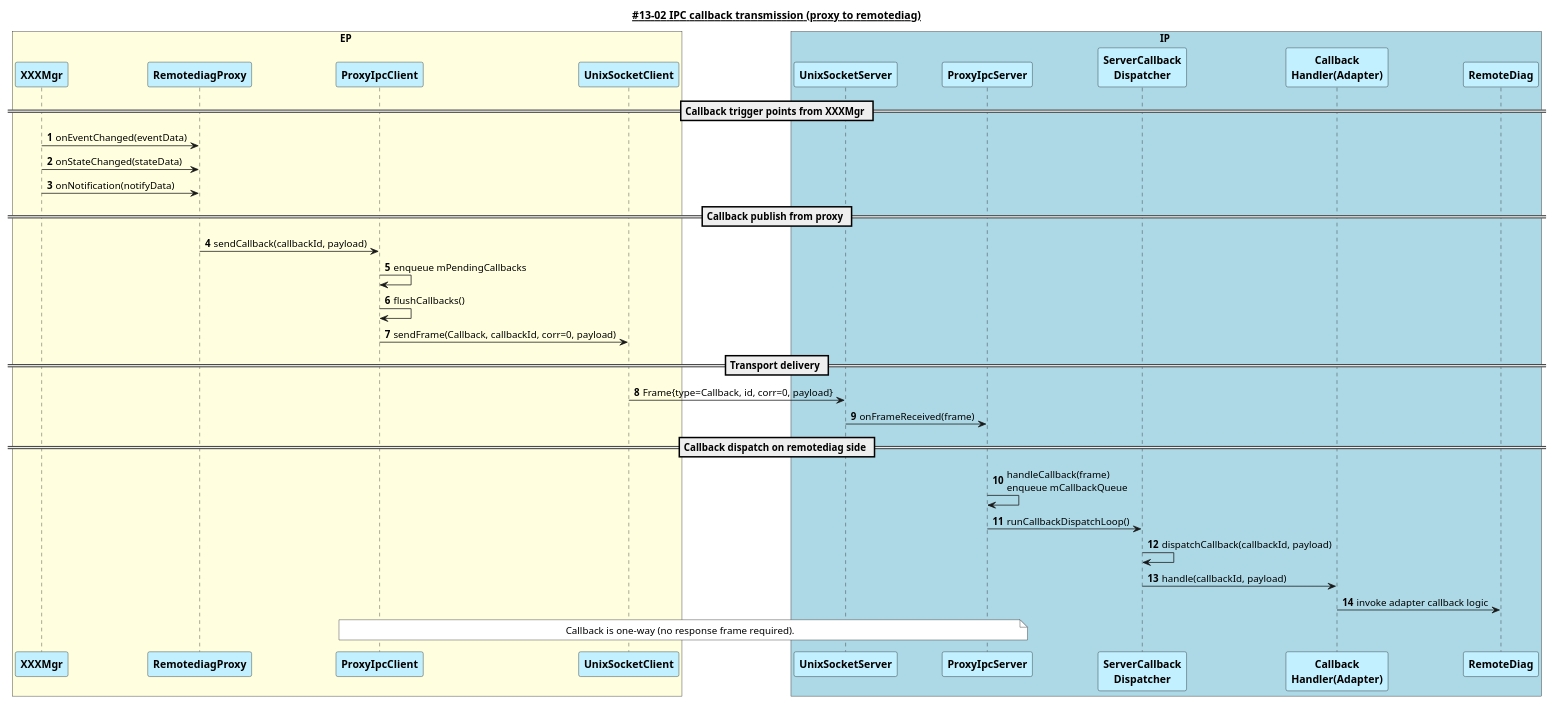
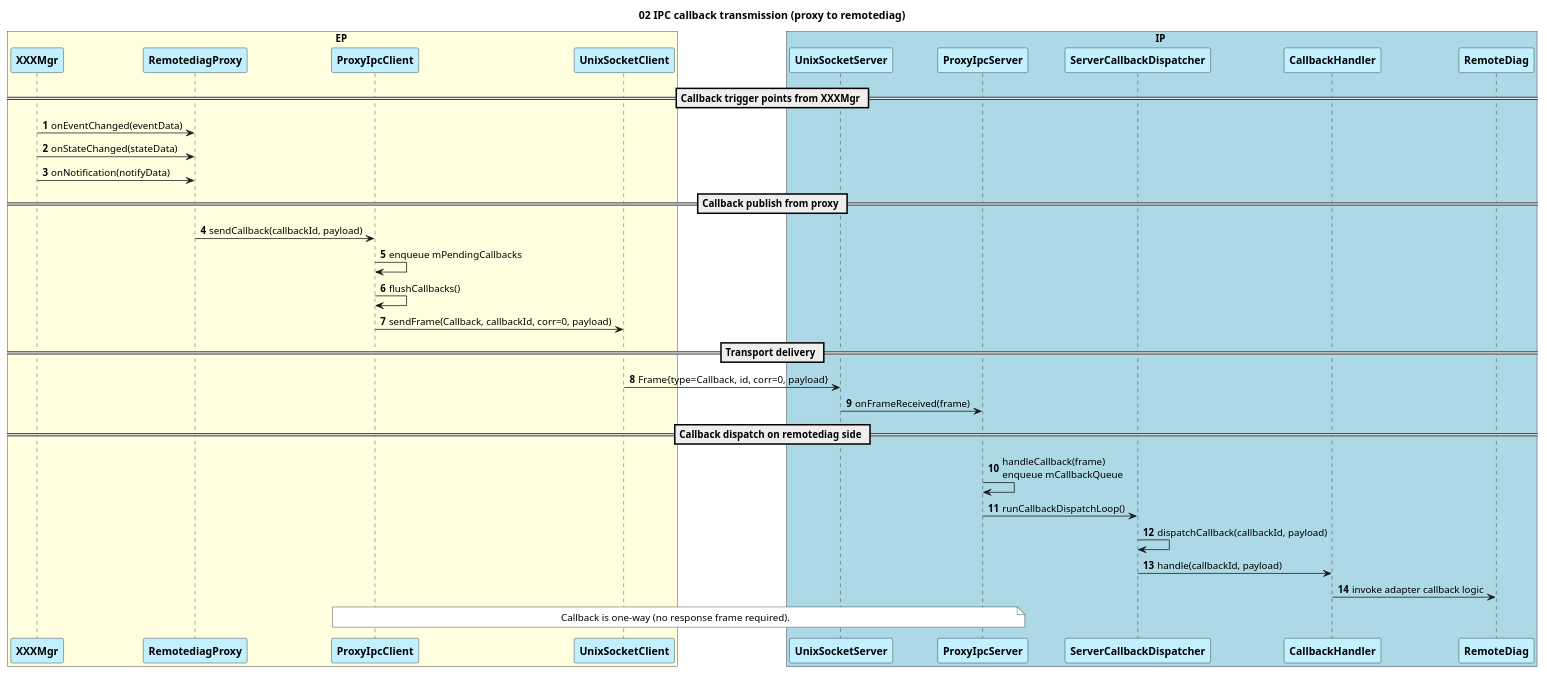
The diagram in design/fe_code/13-02 IPC callback transmission (proxy to remotediag).puml (btqt/fe), drawn with PlantUML before and after one commit. The commit also changed 8 other files, not shown here.

```diff
--- a/design/fe_code/13-02 IPC callback transmission (proxy to remotediag).puml
+++ b/design/fe_code/13-02 IPC callback transmission (proxy to remotediag).puml
@@ -1,49 +1,49 @@
-@startuml __#13-02 IPC callback transmission (proxy to remotediag)__
+@startuml IPC callback transmission (proxy to remotediag)
 
-title __#13-02 IPC callback transmission (proxy to remotediag)__
-!pragma teoz true
+title 02 IPC callback transmission (proxy to remotediag)
+' !pragma teoz true
 
 autonumber
 
 box EP #lightYellow
     participant "<b>XXXMgr" as XXX #Application
     participant "<b>RemotediagProxy" as PROXY #Application
     participant "<b>ProxyIpcClient" as CLI #Application
     participant "<b>UnixSocketClient" as USC #Application
 endbox
 
 box IP #lightBlue
     participant "<b>UnixSocketServer" as USS #Application
     participant "<b>ProxyIpcServer" as SRV #Application
-    participant "<b>ServerCallback\n<b>Dispatcher" as SRV_DISP #Application
-    participant "<b>Callback\n<b>Handler(Adapter)" as SRV_CB_HDL #Application
+    participant "<b>ServerCallbackDispatcher" as SRV_DISP #Application
+    participant "<b>CallbackHandler" as SRV_CB_HDL #Application
     participant "<b>RemoteDiag" as RDG #Application
 endbox
 
 == Callback trigger points from XXXMgr ==
 XXX->PROXY: onEventChanged(eventData)
 XXX->PROXY: onStateChanged(stateData)
 XXX->PROXY: onNotification(notifyData)
 
 == Callback publish from proxy ==
 PROXY->CLI: sendCallback(callbackId, payload)
 CLI->CLI: enqueue mPendingCallbacks
 CLI->CLI: flushCallbacks()
 CLI->USC: sendFrame(Callback, callbackId, corr=0, payload)
 
 == Transport delivery ==
 USC->USS: Frame{type=Callback, id, corr=0, payload}
 USS->SRV: onFrameReceived(frame)
 
 == Callback dispatch on remotediag side ==
 SRV->SRV: handleCallback(frame)\nenqueue mCallbackQueue
 SRV->SRV_DISP: runCallbackDispatchLoop()
 SRV_DISP->SRV_DISP: dispatchCallback(callbackId, payload)
 SRV_DISP->SRV_CB_HDL: handle(callbackId, payload)
 SRV_CB_HDL->RDG: invoke adapter callback logic
 
 note over CLI,SRV #White
 Callback is one-way (no response frame required).
 end note
 
 @enduml
```
